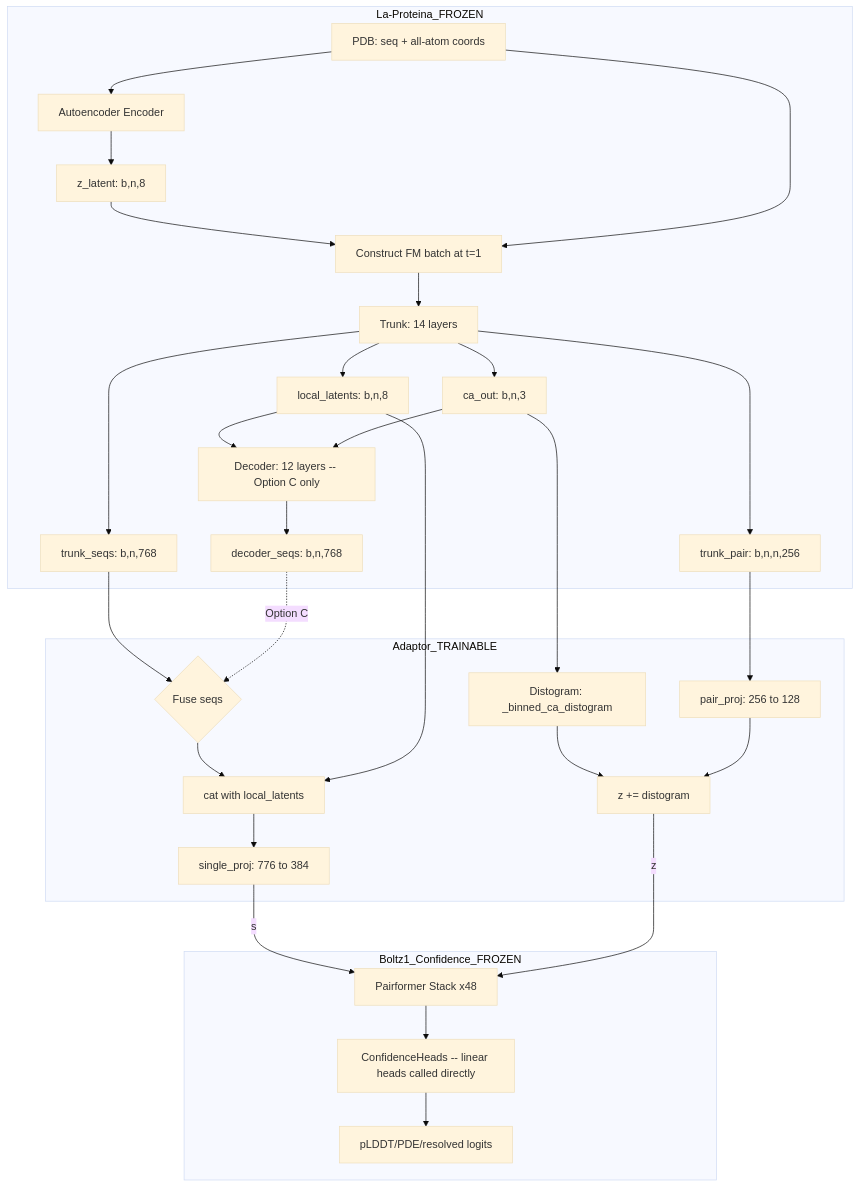
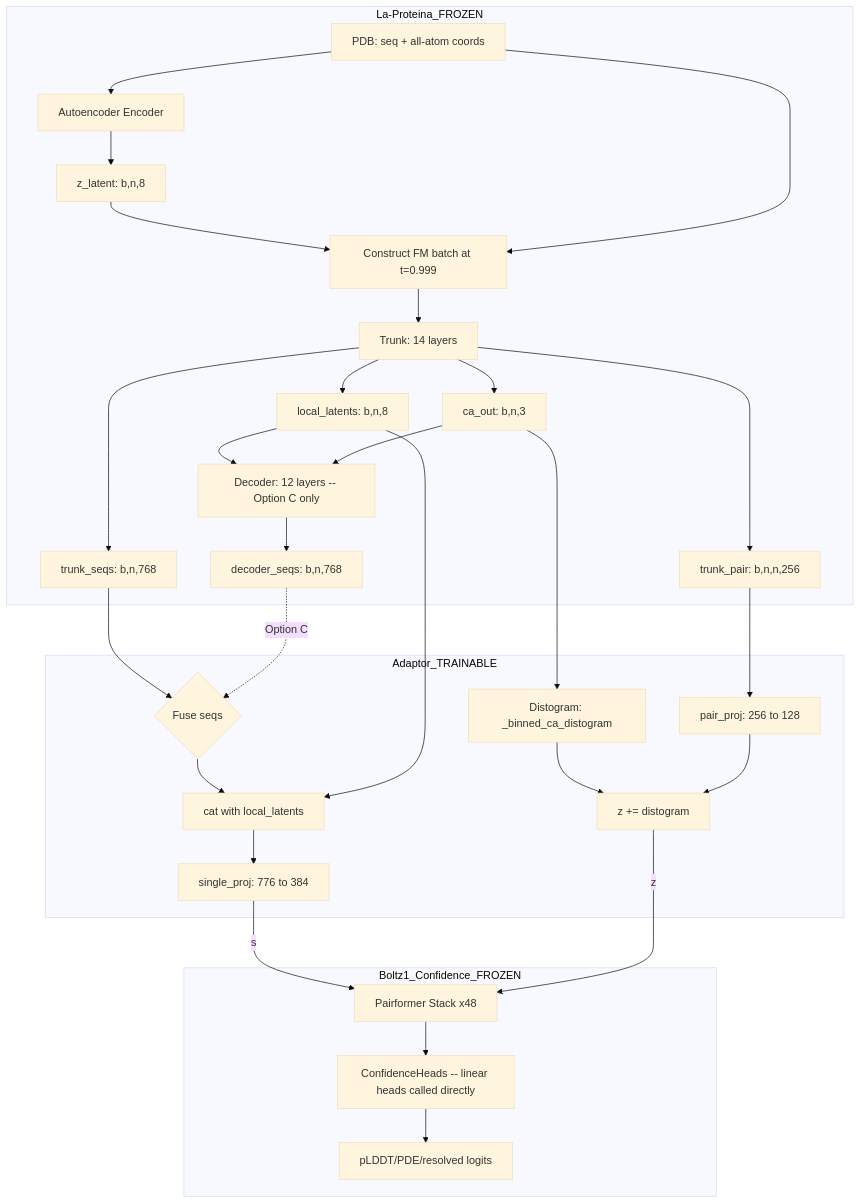
The diagram in plans/architecture.md (stanislav-chekmenev/quality-graft), drawn with Mermaid (base theme) before and after one commit. The commit also changed 3 other files, not shown here.

````diff
--- a/plans/architecture.md
+++ b/plans/architecture.md
@@ -608,36 +608,36 @@
 ```mermaid
 graph TD
     subgraph La-Proteina_FROZEN
         LP_IN[PDB: seq + all-atom coords] --> LP_AE[Autoencoder Encoder]
         LP_AE --> LP_Z[z_latent: b,n,8]
-        LP_Z --> LP_FM[Construct FM batch at t=1]
+        LP_Z --> LP_FM[Construct FM batch at t=0.999]
         LP_IN --> LP_FM
         LP_FM --> LP_TRUNK[Trunk: 14 layers]
         LP_TRUNK --> LP_S[trunk_seqs: b,n,768]
         LP_TRUNK --> LP_P[trunk_pair: b,n,n,256]
         LP_TRUNK --> LP_L[local_latents: b,n,8]
         LP_TRUNK --> LP_CA[ca_out: b,n,3]
         LP_L --> LP_DEC[Decoder: 12 layers -- Option C only]
         LP_CA --> LP_DEC
         LP_DEC --> LP_DS[decoder_seqs: b,n,768]
     end
 
     subgraph Adaptor_TRAINABLE
         LP_S --> FUSE{Fuse seqs}
         LP_DS -.Option C.-> FUSE
         FUSE --> CAT[cat with local_latents]
         LP_L --> CAT
         CAT --> SPROJ[single_proj: 776 to 384]
         LP_P --> ZPROJ[pair_proj: 256 to 128]
         LP_CA --> DISTO[Distogram: _binned_ca_distogram]
         DISTO --> ZADD[z += distogram]
         ZPROJ --> ZADD
     end
 
     subgraph Boltz1_Confidence_FROZEN
         SPROJ --> |s| PF[Pairformer Stack x48]
         ZADD --> |z| PF
         PF --> HEADS[ConfidenceHeads -- linear heads called directly]
         HEADS --> PLDDT[pLDDT/PDE/resolved logits]
     end
 ```
````
